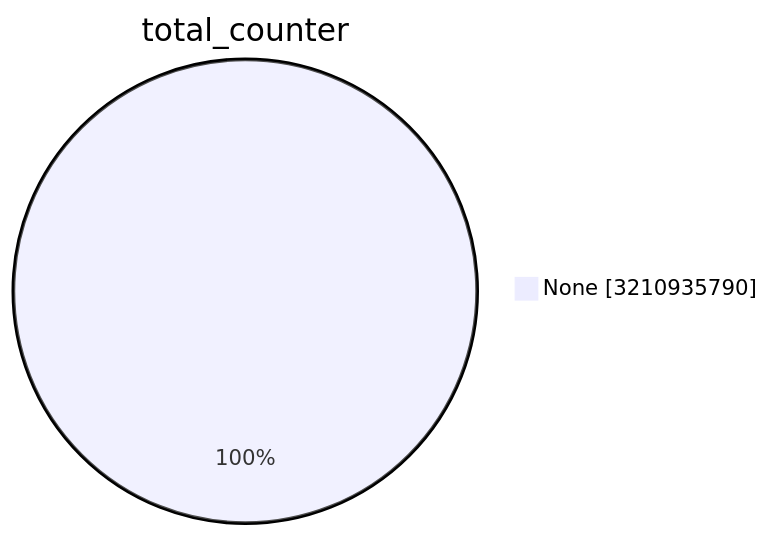
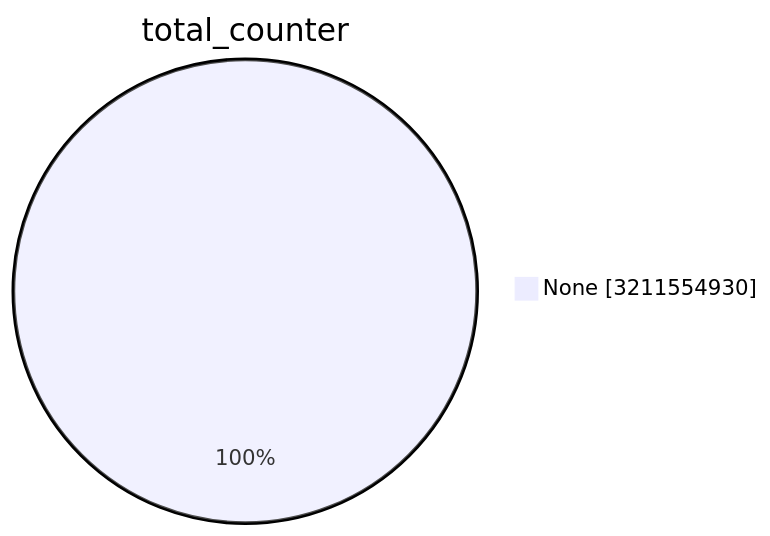
The first of 15 diagrams in TOTAL/README.md (christiankrug/ctmonitor_visualization), drawn with Mermaid before and after one commit. The commit also changed other lines of this file, not shown here.

````diff
--- a/TOTAL/README.md
+++ b/TOTAL/README.md
@@ -1,5 +1,5 @@
 ```mermaid
 pie showData
 title total_counter
-"None" :3210935790
+"None" :3211554930
 ```
````
